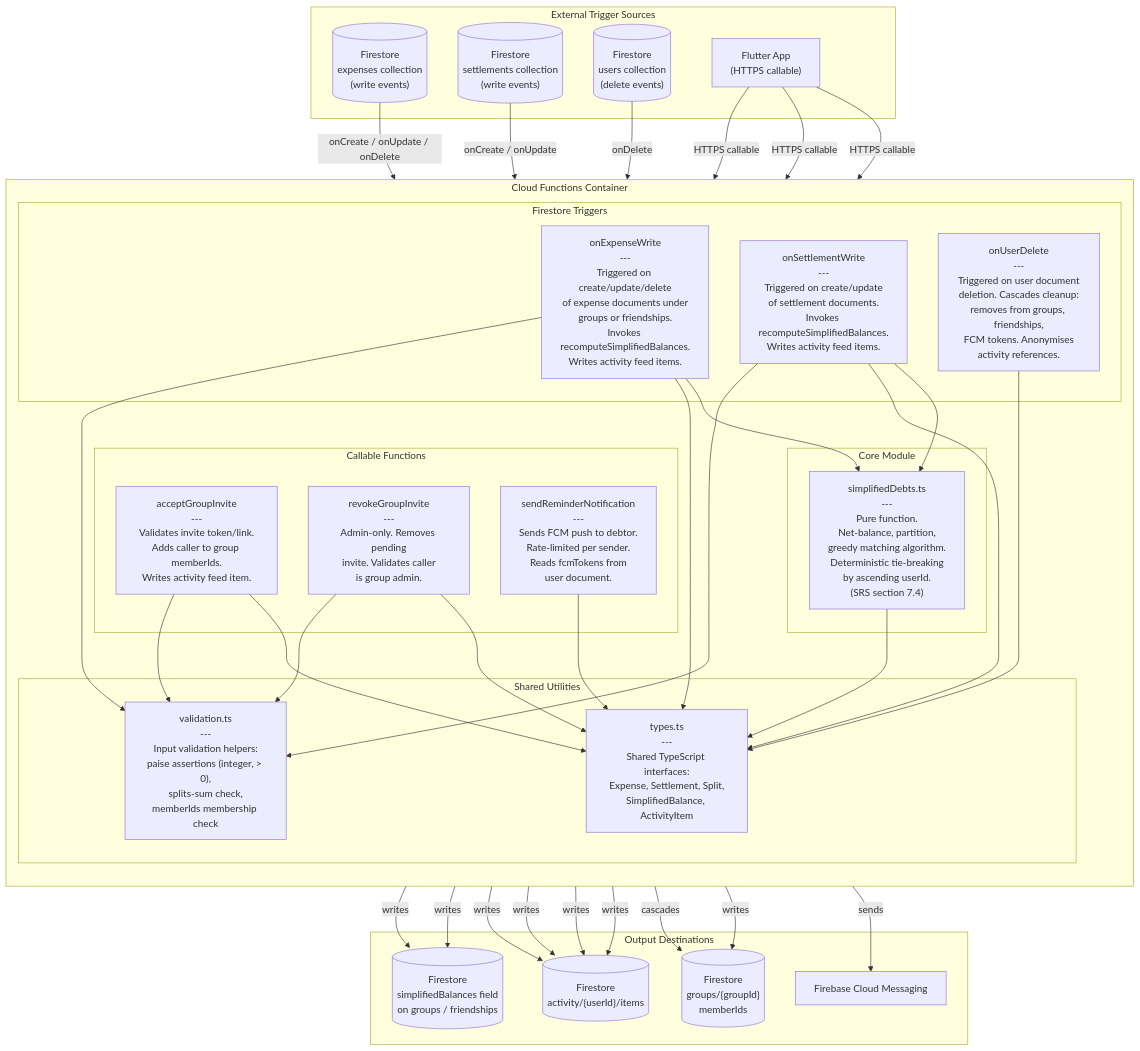
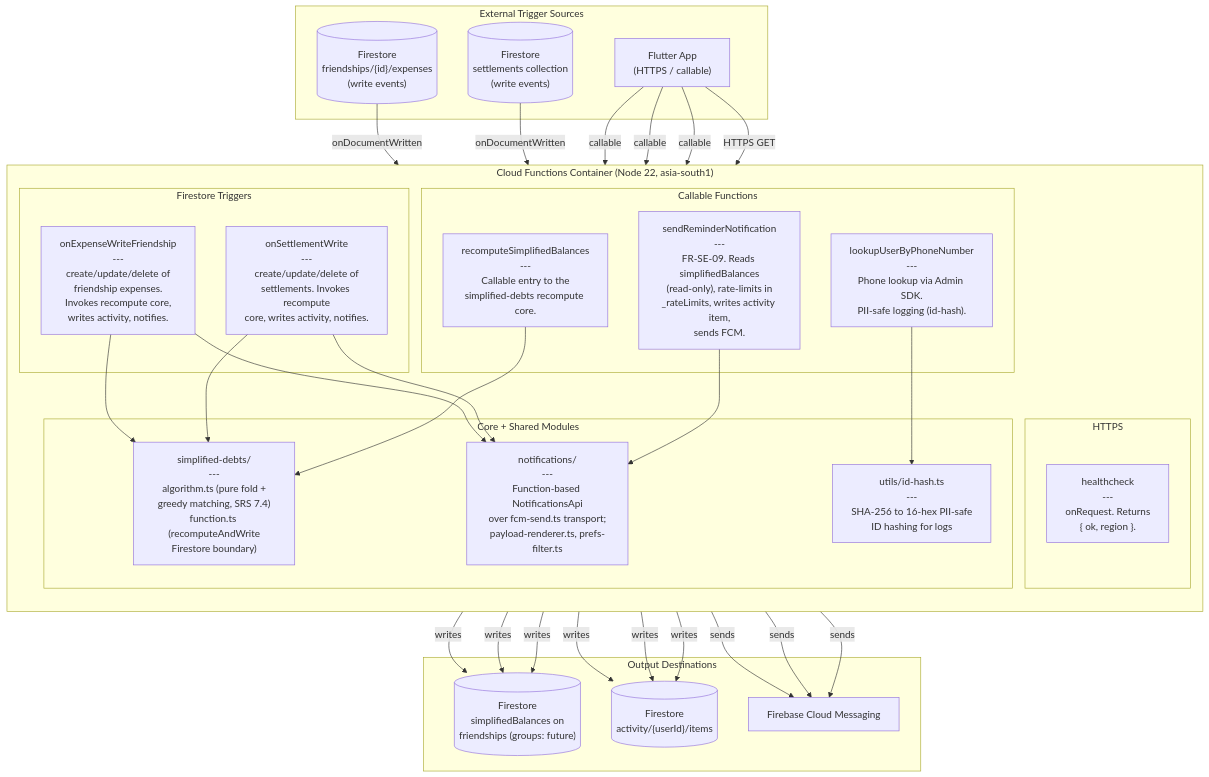
The second of 2 diagrams in docs/design/03-architecture/c4-component.md (avtansh-code/OneByTwo), drawn with Mermaid before and after one commit. The commit also changed other lines of this file and 99 other files, not shown here.

````diff
--- a/docs/design/03-architecture/c4-component.md
+++ b/docs/design/03-architecture/c4-component.md
@@ -132,75 +155,67 @@
 ```mermaid
 graph TD
     subgraph "External Trigger Sources"
-        FS_EXP[("Firestore<br/>expenses collection<br/>(write events)")]
+        FS_EXP[("Firestore<br/>friendships/{id}/expenses<br/>(write events)")]
         FS_SET[("Firestore<br/>settlements collection<br/>(write events)")]
-        FS_USR[("Firestore<br/>users collection<br/>(delete events)")]
-        CLIENT["Flutter App<br/>(HTTPS callable)"]
+        CLIENT["Flutter App<br/>(HTTPS / callable)"]
     end
 
-    subgraph "Cloud Functions Container"
+    subgraph "Cloud Functions Container (Node 22, asia-south1)"
         direction TB
 
-        subgraph "Firestore Triggers"
-            ON_EXP["onExpenseWrite<br/>---<br/>Triggered on create/update/delete<br/>of expense documents under<br/>groups or friendships.<br/>Invokes recomputeSimplifiedBalances.<br/>Writes activity feed items."]
-            ON_SET["onSettlementWrite<br/>---<br/>Triggered on create/update<br/>of settlement documents.<br/>Invokes recomputeSimplifiedBalances.<br/>Writes activity feed items."]
-            ON_DEL["onUserDelete<br/>---<br/>Triggered on user document<br/>deletion. Cascades cleanup:<br/>removes from groups, friendships,<br/>FCM tokens. Anonymises<br/>activity references."]
+        subgraph "HTTPS"
+            HEALTH["healthcheck<br/>---<br/>onRequest. Returns<br/>{ ok, region }."]
         end
 
         subgraph "Callable Functions"
-            ACCEPT["acceptGroupInvite<br/>---<br/>Validates invite token/link.<br/>Adds caller to group memberIds.<br/>Writes activity feed item."]
-            REVOKE["revokeGroupInvite<br/>---<br/>Admin-only. Removes pending<br/>invite. Validates caller<br/>is group admin."]
-            REMIND["sendReminderNotification<br/>---<br/>Sends FCM push to debtor.<br/>Rate-limited per sender.<br/>Reads fcmTokens from<br/>user document."]
+            RECOMP["recomputeSimplifiedBalances<br/>---<br/>Callable entry to the<br/>simplified-debts recompute core."]
+            LOOKUP["lookupUserByPhoneNumber<br/>---<br/>Phone lookup via Admin SDK.<br/>PII-safe logging (id-hash)."]
+            REMIND["sendReminderNotification<br/>---<br/>FR-SE-09. Reads simplifiedBalances<br/>(read-only), rate-limits in<br/>_rateLimits, writes activity item,<br/>sends FCM."]
         end
 
-        subgraph "Core Module"
-            DEBTS["simplifiedDebts.ts<br/>---<br/>Pure function.<br/>Net-balance, partition,<br/>greedy matching algorithm.<br/>Deterministic tie-breaking<br/>by ascending userId.<br/>(SRS section 7.4)"]
+        subgraph "Firestore Triggers"
+            ON_EXP["onExpenseWriteFriendship<br/>---<br/>create/update/delete of<br/>friendship expenses.<br/>Invokes recompute core,<br/>writes activity, notifies."]
+            ON_SET["onSettlementWrite<br/>---<br/>create/update/delete of<br/>settlements. Invokes recompute<br/>core, writes activity, notifies."]
         end
 
-        subgraph "Shared Utilities"
-            TYPES["types.ts<br/>---<br/>Shared TypeScript interfaces:<br/>Expense, Settlement, Split,<br/>SimplifiedBalance, ActivityItem"]
-            VALID["validation.ts<br/>---<br/>Input validation helpers:<br/>paise assertions (integer, > 0),<br/>splits-sum check,<br/>memberIds membership check"]
+        subgraph "Core + Shared Modules"
+            DEBTS["simplified-debts/<br/>---<br/>algorithm.ts (pure fold +<br/>greedy matching, SRS 7.4)<br/>function.ts (recomputeAndWrite<br/>Firestore boundary)"]
+            NOTIF["notifications/<br/>---<br/>Function-based NotificationsApi<br/>over fcm-send.ts transport;<br/>payload-renderer.ts, prefs-filter.ts"]
+            UTILS["utils/id-hash.ts<br/>---<br/>SHA-256 to 16-hex PII-safe<br/>ID hashing for logs"]
         end
     end
 
     subgraph "Output Destinations"
-        FS_BAL[("Firestore<br/>simplifiedBalances field<br/>on groups / friendships")]
+        FS_BAL[("Firestore<br/>simplifiedBalances on<br/>friendships (groups: future)")]
         FS_ACT[("Firestore<br/>activity/{userId}/items")]
-        FS_GRP[("Firestore<br/>groups/{groupId}<br/>memberIds")]
         FCM_SVC["Firebase Cloud Messaging"]
     end
 
     %% Trigger sources to functions
-    FS_EXP -->|"onCreate / onUpdate / onDelete"| ON_EXP
-    FS_SET -->|"onCreate / onUpdate"| ON_SET
-    FS_USR -->|"onDelete"| ON_DEL
-    CLIENT -->|"HTTPS callable"| ACCEPT
-    CLIENT -->|"HTTPS callable"| REVOKE
-    CLIENT -->|"HTTPS callable"| REMIND
+    FS_EXP -->|"onDocumentWritten"| ON_EXP
+    FS_SET -->|"onDocumentWritten"| ON_SET
+    CLIENT -->|"callable"| RECOMP
+    CLIENT -->|"callable"| LOOKUP
+    CLIENT -->|"callable"| REMIND
+    CLIENT -->|"HTTPS GET"| HEALTH
 
     %% Internal dependencies
     ON_EXP --> DEBTS
-    ON_EXP --> TYPES
-    ON_EXP --> VALID
+    ON_EXP --> NOTIF
     ON_SET --> DEBTS
-    ON_SET --> TYPES
-    ON_SET --> VALID
-    ON_DEL --> TYPES
-    ACCEPT --> TYPES
-    ACCEPT --> VALID
-    REVOKE --> TYPES
-    REVOKE --> VALID
-    REMIND --> TYPES
-    DEBTS --> TYPES
+    ON_SET --> NOTIF
+    RECOMP --> DEBTS
+    REMIND --> NOTIF
+    LOOKUP --> UTILS
 
     %% Output destinations
+    RECOMP -->|"writes"| FS_BAL
     ON_EXP -->|"writes"| FS_BAL
     ON_EXP -->|"writes"| FS_ACT
+    ON_EXP -->|"sends"| FCM_SVC
     ON_SET -->|"writes"| FS_BAL
     ON_SET -->|"writes"| FS_ACT
-    ON_DEL -->|"cascades"| FS_GRP
-    ON_DEL -->|"writes"| FS_ACT
-    ACCEPT -->|"writes"| FS_GRP
-    ACCEPT -->|"writes"| FS_ACT
+    ON_SET -->|"sends"| FCM_SVC
+    REMIND -->|"writes"| FS_ACT
     REMIND -->|"sends"| FCM_SVC
 ```
````
